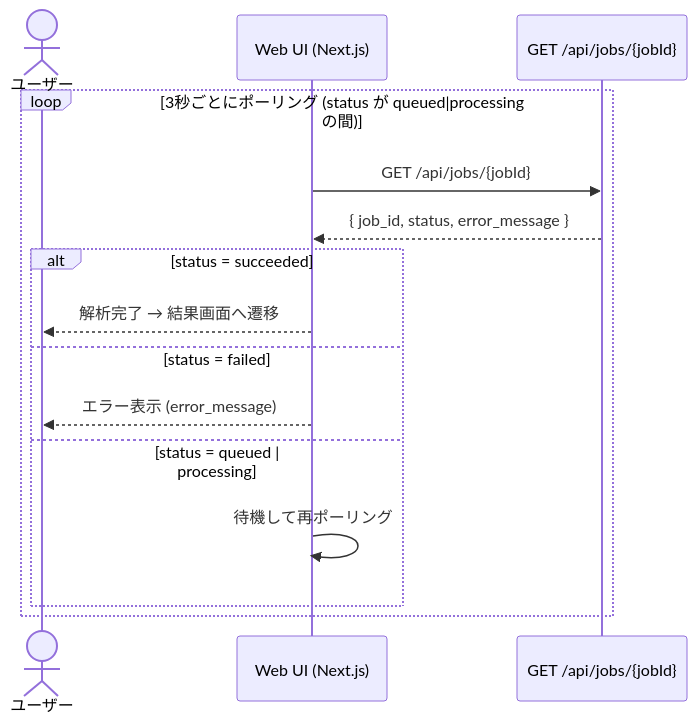
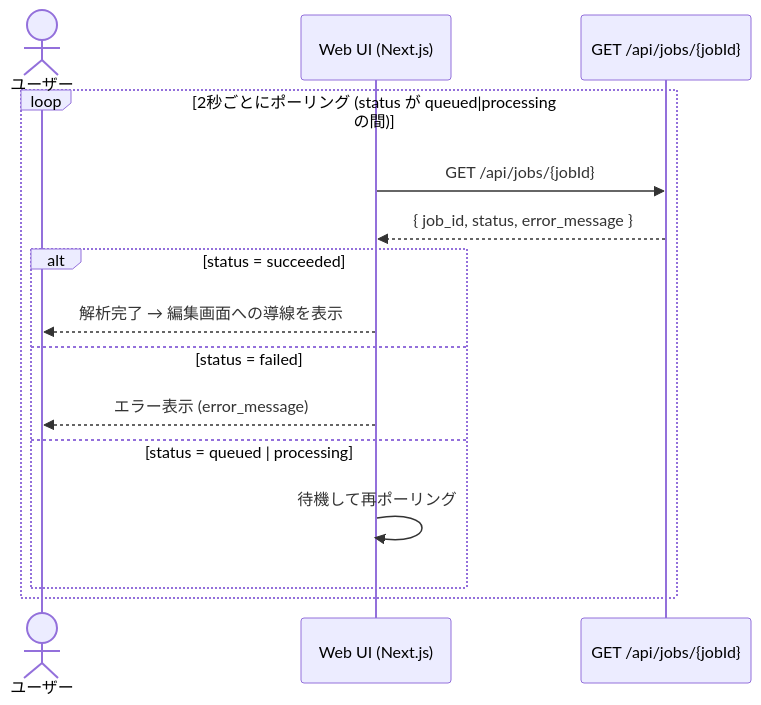
Before and after one commit to RivageEstate/OCRWebApp: the third of 4 diagrams in docs/design/20260306-sequence-diagrams.md, drawn with Mermaid. The commit also changed other lines of this file and 17 other files, not shown here.

````diff
--- a/docs/design/20260306-sequence-diagrams.md
+++ b/docs/design/20260306-sequence-diagrams.md
@@ -88,19 +88,19 @@
 ```mermaid
 sequenceDiagram
     actor User as ユーザー
     participant UI as Web UI (Next.js)
     participant API as GET /api/jobs/{jobId}
 
-    loop 3秒ごとにポーリング (status が queued|processing の間)
+    loop 2秒ごとにポーリング (status が queued|processing の間)
         UI->>API: GET /api/jobs/{jobId}
         API-->>UI: { job_id, status, error_message }
 
         alt status = succeeded
-            UI-->>User: 解析完了 → 結果画面へ遷移
+            UI-->>User: 解析完了 → 編集画面への導線を表示
         else status = failed
             UI-->>User: エラー表示 (error_message)
         else status = queued | processing
             UI->>UI: 待機して再ポーリング
         end
     end
 ```
````
